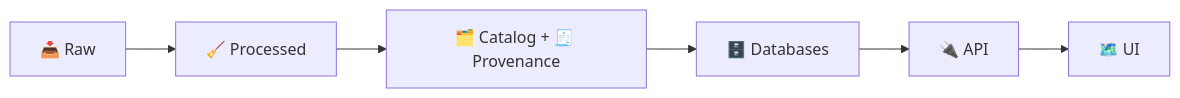
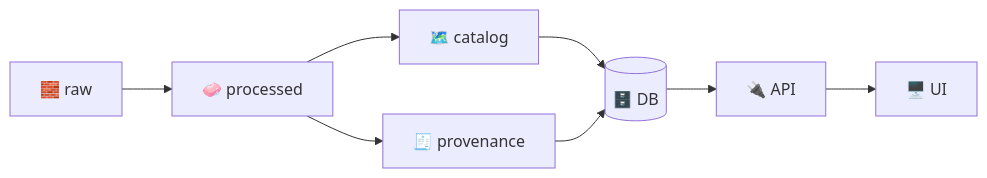
Before and after one commit to bartytime4life/Kansas-Frontier-Matrix: the diagram in tests/fixtures/README.md, drawn with Mermaid. The commit also changed other lines of this file, not shown here.

````diff
--- a/tests/fixtures/README.md
+++ b/tests/fixtures/README.md
@@ -77,8 +37,10 @@
 ```mermaid
 flowchart LR
-  A[📥 Raw] --> B[🧹 Processed]
-  B --> C[🗂️ Catalog + 🧾 Provenance]
-  C --> D[🗄️ Databases]
-  D --> E[🔌 API]
-  E --> F[🗺️ UI]
+  A[🧱 raw] --> B[🧼 processed]
+  B --> C[🗺️ catalog]
+  B --> D[🧾 provenance]
+  C --> E[(🗄️ DB)]
+  D --> E
+  E --> F[🔌 API]
+  F --> G[🖥️ UI]
 ```
````
